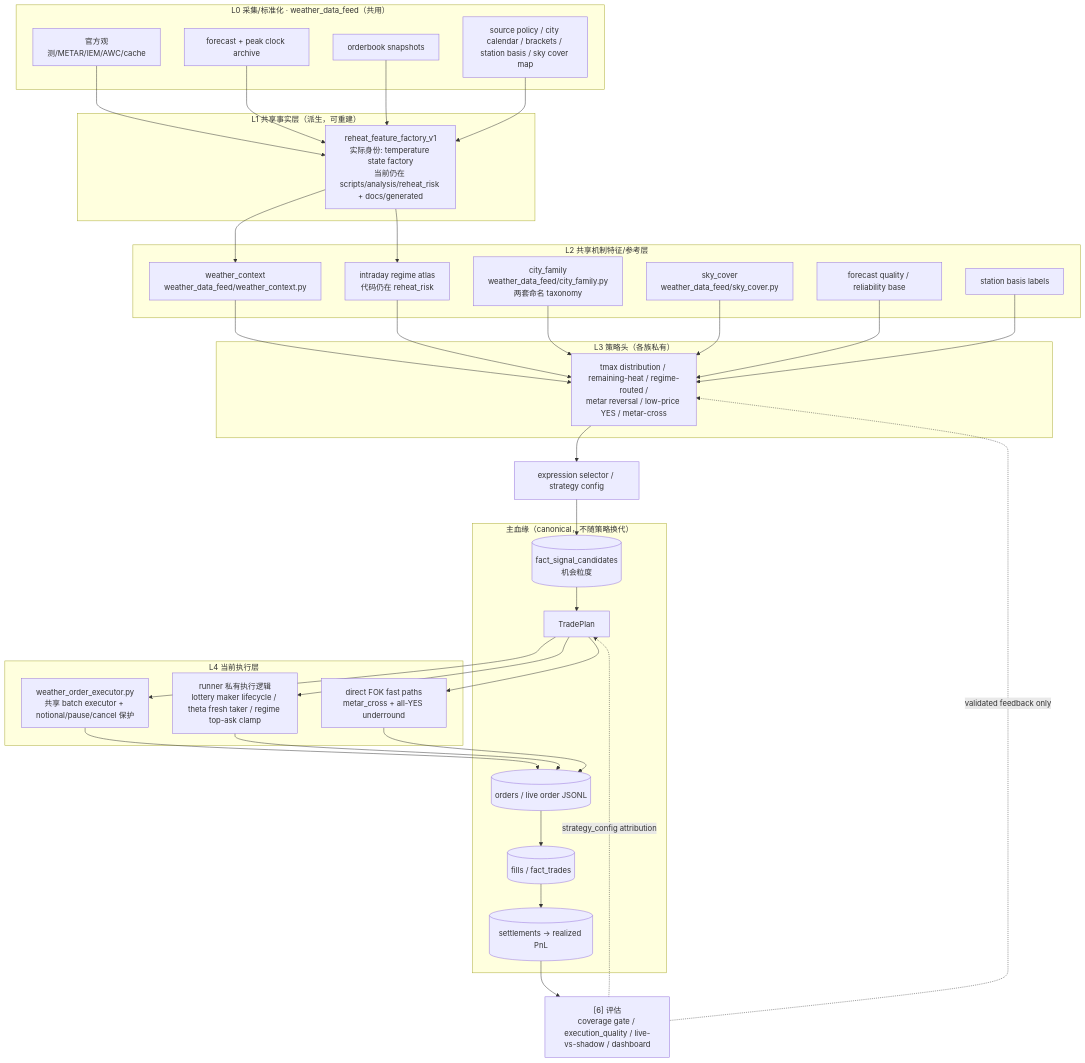
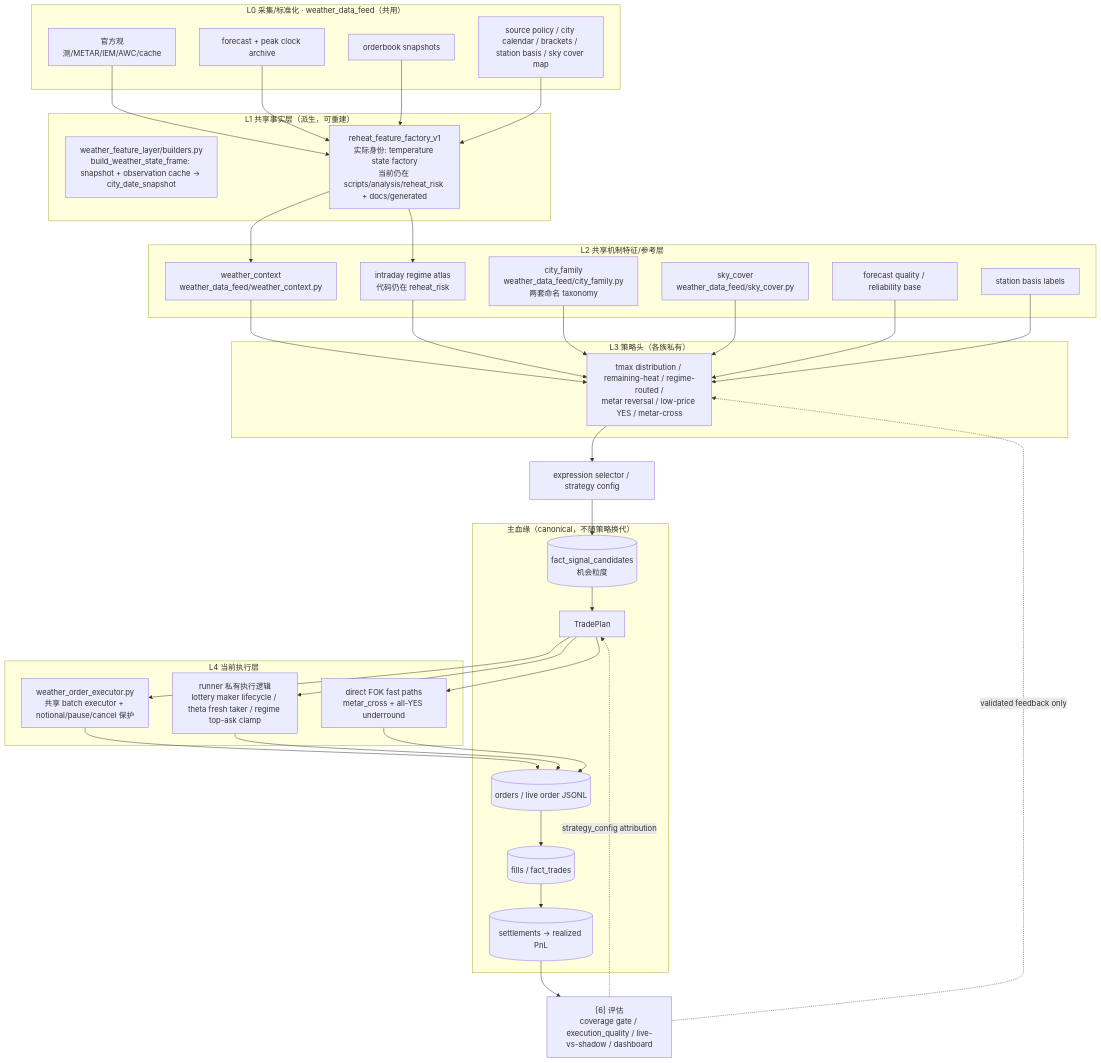
Before and after one commit to jiaruihz/pm_agents: the diagram in docs/WEATHER_ARCHITECTURE_SPINE.md, drawn with Mermaid. The commit also changed other lines of this file and 5 other files, not shown here.

Commit message:
Add weather state frame builder

````diff
--- a/docs/WEATHER_ARCHITECTURE_SPINE.md
+++ b/docs/WEATHER_ARCHITECTURE_SPINE.md
@@ -18,56 +18,57 @@
 ```mermaid
 flowchart TB
   subgraph L0["L0 采集/标准化 · weather_data_feed（共用）"]
     OBS["官方观测/METAR/IEM/AWC/cache"]
     FCS["forecast + peak clock archive"]
     OBK["orderbook snapshots"]
     GOV["source policy / city calendar / brackets / station basis / sky cover map"]
   end
 
   subgraph L1["L1 共享事实层（派生，可重建）"]
+    WFL["weather_feature_layer/builders.py<br/>build_weather_state_frame: snapshot + observation cache -> city_date_snapshot"]
     TSF["reheat_feature_factory_v1<br/>实际身份: temperature state factory<br/>当前仍在 scripts/analysis/reheat_risk + docs/generated"]
   end
 
   subgraph L2["L2 共享机制特征/参考层"]
     WC["weather_context<br/>weather_data_feed/weather_context.py"]
     ATLAS["intraday regime atlas<br/>代码仍在 reheat_risk"]
     CF["city_family<br/>weather_data_feed/city_family.py<br/>两套命名 taxonomy"]
     SKY["sky_cover<br/>weather_data_feed/sky_cover.py"]
     FQ["forecast quality / reliability base"]
     SB["station basis labels"]
   end
 
   subgraph L3["L3 策略头（各族私有）"]
     HEADS["tmax distribution / remaining-heat / regime-routed /<br/>metar reversal / low-price YES / metar-cross"]
   end
 
   EXPR["expression selector / strategy config"]
 
   subgraph SPINE["主血缘（canonical，不随策略换代）"]
     SC[("fact_signal_candidates<br/>机会粒度")]
     PLAN["TradePlan"]
     ORD[("orders / live order JSONL")]
     FILL[("fills / fact_trades")]
     SETT[("settlements -> realized PnL")]
   end
 
   subgraph L4["L4 当前执行层"]
     EXEC["weather_order_executor.py<br/>共享 batch executor + notional/pause/cancel 保护"]
     PRIVATE["runner 私有执行逻辑<br/>lottery maker lifecycle / theta fresh taker / regime top-ask clamp"]
     FAST["direct FOK fast paths<br/>metar_cross + all-YES underround"]
   end
 
   EVAL["[6] 评估<br/>coverage gate / execution_quality / live-vs-shadow / dashboard"]
 
   OBS & FCS & OBK & GOV --> TSF
   TSF --> WC & ATLAS
   CF & SKY & FQ & SB --> HEADS
   WC & ATLAS --> HEADS
   HEADS --> EXPR --> SC --> PLAN
   PLAN --> EXEC
   PLAN --> PRIVATE
   PLAN --> FAST
   EXEC & PRIVATE & FAST --> ORD --> FILL --> SETT --> EVAL
   EVAL -. "validated feedback only" .-> HEADS
   EVAL -. "strategy_config attribution" .-> PLAN
 ```
````
